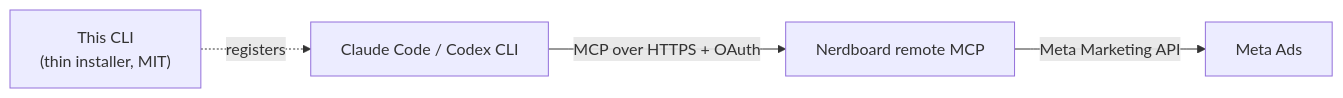
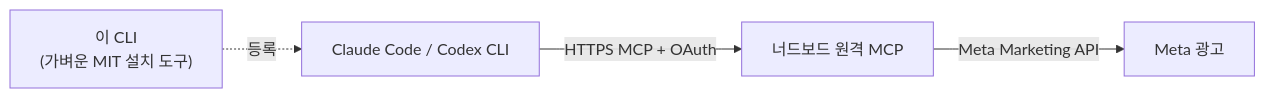
One commit to nerdlab-dev/meta-ads-mcp changed the diagram in README.md. Above: the diagram before and after it, drawn with Mermaid. The commit also changed other lines of this file and 5 other files, not shown here.

````diff
--- a/README.md
+++ b/README.md
@@ -65,6 +69,6 @@
 ```mermaid
 flowchart LR
-    installer["This CLI<br/>(thin installer, MIT)"] -. registers .-> client
-    client["Claude Code / Codex CLI"] -- "MCP over HTTPS + OAuth" --> server["Nerdboard remote MCP"]
-    server -- "Meta Marketing API" --> meta["Meta Ads"]
+    installer["이 CLI<br/>(가벼운 MIT 설치 도구)"] -. 등록 .-> client
+    client["Claude Code / Codex CLI"] -- "HTTPS MCP + OAuth" --> server["너드보드 원격 MCP"]
+    server -- "Meta Marketing API" --> meta["Meta 광고"]
 ```
````
